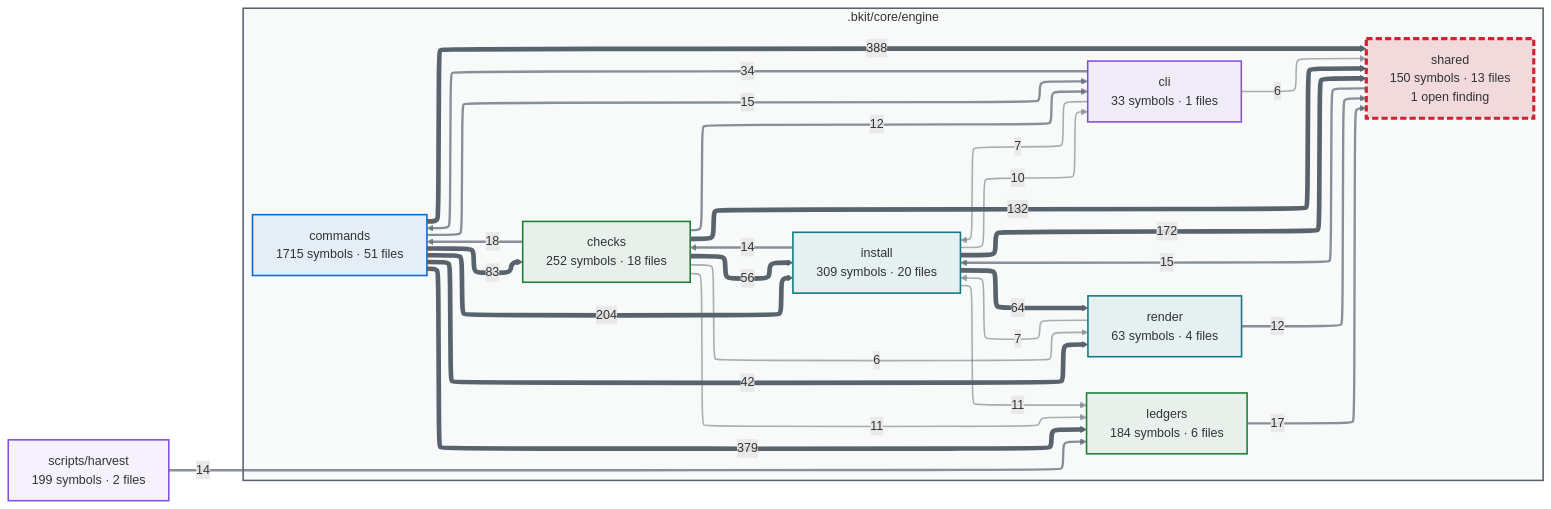
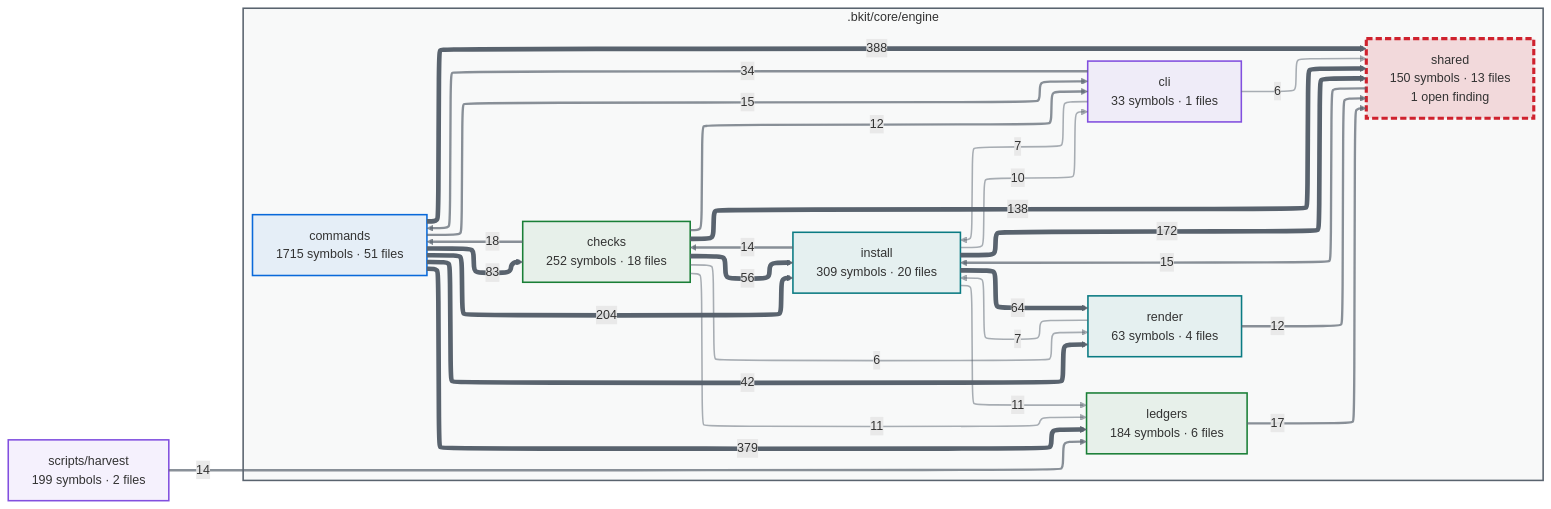
The first of 2 diagrams in docs/capabilities.md (cbartens/bkit), drawn with Mermaid before and after one commit. The commit also changed 8 other files, not shown here.

````diff
--- a/docs/capabilities.md
+++ b/docs/capabilities.md
@@ -154,80 +154,80 @@
 ```mermaid
 ---
 config:
   layout: elk
   themeCSS: "marker { overflow: visible; } marker path { transform: scale(1.8); transform-origin: 5px 5px; }"
   flowchart:
     useMaxWidth: false
 ---
 flowchart LR
   %% Generated by bkit-graphify-rollup.py — do not edit
   subgraph gn_bkit_core_engine[".bkit/core/engine"]
     n_bkit_core_engine_checks["checks<br/>252 symbols · 18 files"]
     n_bkit_core_engine_cli["cli<br/>33 symbols · 1 files"]
     n_bkit_core_engine_commands["commands<br/>1715 symbols · 51 files"]
     n_bkit_core_engine_install["install<br/>309 symbols · 20 files"]
     n_bkit_core_engine_ledgers["ledgers<br/>184 symbols · 6 files"]
     n_bkit_core_engine_render["render<br/>63 symbols · 4 files"]
     n_bkit_core_engine_shared["shared<br/>150 symbols · 13 files<br/>1 open finding"]
   end
   nscripts_harvest["scripts/harvest<br/>199 symbols · 2 files"]
   n_bkit_core_engine_commands -->|388| n_bkit_core_engine_shared
   n_bkit_core_engine_commands -->|379| n_bkit_core_engine_ledgers
   n_bkit_core_engine_commands -->|204| n_bkit_core_engine_install
   n_bkit_core_engine_install -->|172| n_bkit_core_engine_shared
-  n_bkit_core_engine_checks -->|132| n_bkit_core_engine_shared
+  n_bkit_core_engine_checks -->|138| n_bkit_core_engine_shared
   n_bkit_core_engine_commands -->|83| n_bkit_core_engine_checks
   n_bkit_core_engine_install -->|64| n_bkit_core_engine_render
   n_bkit_core_engine_checks -->|56| n_bkit_core_engine_install
   n_bkit_core_engine_commands -->|42| n_bkit_core_engine_render
   n_bkit_core_engine_cli -->|34| n_bkit_core_engine_commands
   n_bkit_core_engine_checks -->|18| n_bkit_core_engine_commands
   n_bkit_core_engine_ledgers -->|17| n_bkit_core_engine_shared
   n_bkit_core_engine_shared -->|15| n_bkit_core_engine_install
   n_bkit_core_engine_commands -->|15| n_bkit_core_engine_cli
   n_bkit_core_engine_install -->|14| n_bkit_core_engine_checks
   nscripts_harvest -->|14| n_bkit_core_engine_ledgers
   n_bkit_core_engine_checks -->|12| n_bkit_core_engine_cli
   n_bkit_core_engine_render -->|12| n_bkit_core_engine_shared
   n_bkit_core_engine_checks -->|11| n_bkit_core_engine_ledgers
   n_bkit_core_engine_install -->|11| n_bkit_core_engine_ledgers
   n_bkit_core_engine_install -->|10| n_bkit_core_engine_cli
   n_bkit_core_engine_cli -->|7| n_bkit_core_engine_install
   n_bkit_core_engine_render -->|7| n_bkit_core_engine_install
   n_bkit_core_engine_checks -->|6| n_bkit_core_engine_render
   n_bkit_core_engine_cli -->|6| n_bkit_core_engine_shared
   style gn_bkit_core_engine fill:#59636e0a,stroke:#59636e,stroke-width:2px
   style n_bkit_core_engine_checks stroke:#1a7f37,stroke-width:2px,fill:#1a7f3714
   style n_bkit_core_engine_cli stroke:#8250df,stroke-width:2px,fill:#8250df14
   style n_bkit_core_engine_commands stroke:#0969da,stroke-width:2px,fill:#0969da14
   style n_bkit_core_engine_install stroke:#0a7b83,stroke-width:2px,fill:#0a7b8314
   style n_bkit_core_engine_ledgers stroke:#1a7f37,stroke-width:2px,fill:#1a7f3714
   style n_bkit_core_engine_render stroke:#0a7b83,stroke-width:2px,fill:#0a7b8314
   style n_bkit_core_engine_shared stroke:#cf222e,stroke-width:4px,stroke-dasharray:8 4,fill:#cf222e26
   style nscripts_harvest stroke:#8250df,stroke-width:2px,fill:#8250df14
   linkStyle 0 stroke:#59636e,stroke-width:6px
   linkStyle 1 stroke:#59636e,stroke-width:6px
   linkStyle 2 stroke:#59636e,stroke-width:6px
   linkStyle 3 stroke:#59636e,stroke-width:6px
   linkStyle 4 stroke:#59636e,stroke-width:6px
   linkStyle 5 stroke:#59636e,stroke-width:6px
   linkStyle 6 stroke:#59636e,stroke-width:6px
   linkStyle 7 stroke:#59636e,stroke-width:6px
   linkStyle 8 stroke:#59636e,stroke-width:6px
   linkStyle 9 stroke:#59636eb3,stroke-width:3px
   linkStyle 10 stroke:#59636eb3,stroke-width:3px
   linkStyle 11 stroke:#59636eb3,stroke-width:3px
   linkStyle 12 stroke:#59636eb3,stroke-width:3px
   linkStyle 13 stroke:#59636eb3,stroke-width:3px
   linkStyle 14 stroke:#59636eb3,stroke-width:3px
   linkStyle 15 stroke:#59636eb3,stroke-width:3px
   linkStyle 16 stroke:#59636eb3,stroke-width:3px
   linkStyle 17 stroke:#59636eb3,stroke-width:3px
   linkStyle 18 stroke:#59636e80,stroke-width:2px
   linkStyle 19 stroke:#59636e80,stroke-width:2px
   linkStyle 20 stroke:#59636e80,stroke-width:2px
   linkStyle 21 stroke:#59636e80,stroke-width:2px
   linkStyle 22 stroke:#59636e80,stroke-width:2px
   linkStyle 23 stroke:#59636e80,stroke-width:2px
   linkStyle 24 stroke:#59636e80,stroke-width:2px
 ```
````
